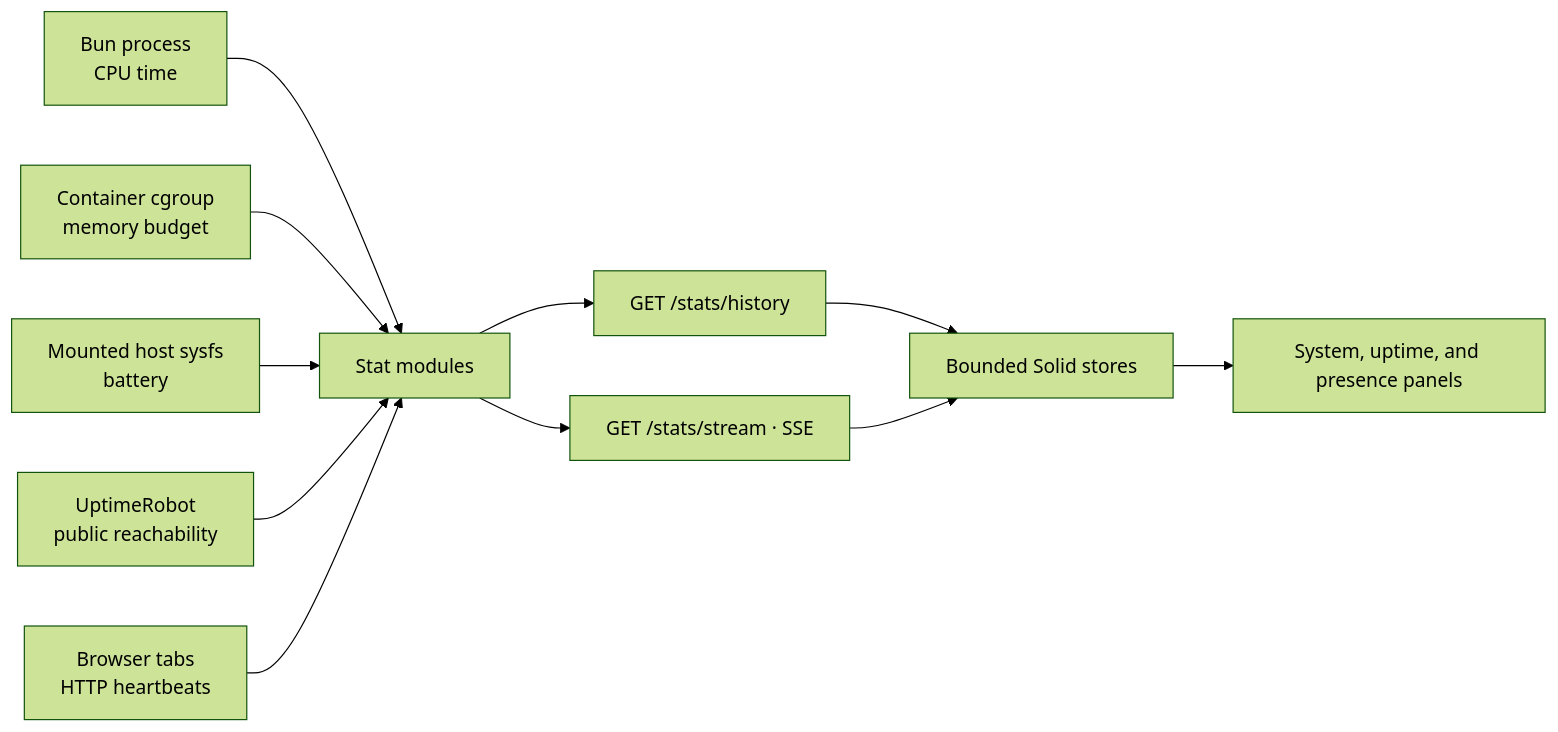
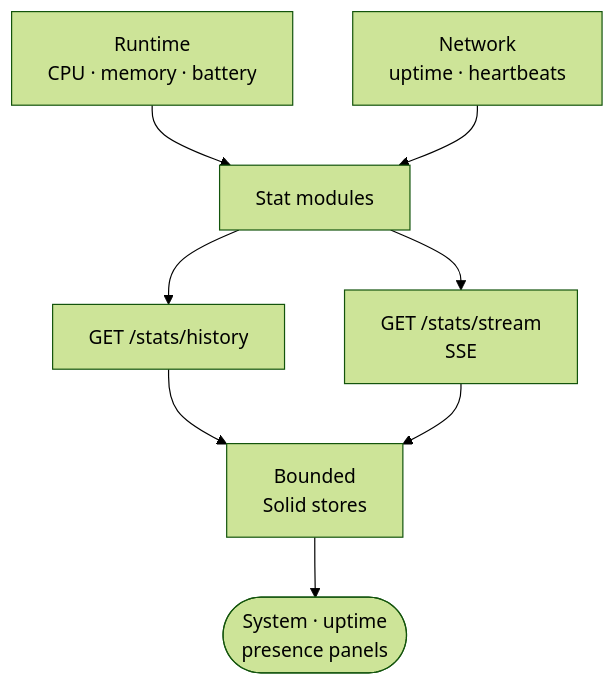
One commit to ErickCReis/ErickCReis changed the diagram in web/content/blog/health-telemetry-from-the-real-runtime.mdx. Above: the diagram before and after it, drawn with Mermaid (forest theme). The commit also changed 23 other files, not shown here.

Commit message:
Polish Mermaid diagrams across blog posts

````diff
--- a/web/content/blog/health-telemetry-from-the-real-runtime.mdx
+++ b/web/content/blog/health-telemetry-from-the-real-runtime.mdx
@@ -10,13 +10,10 @@
 ```mermaid center
-flowchart LR
-  Process["Bun process<br/>CPU time"] --> Stats["Stat modules"]
-  Cgroup["Container cgroup<br/>memory budget"] --> Stats
-  Host["Mounted host sysfs<br/>battery"] --> Stats
-  Outside["UptimeRobot<br/>public reachability"] --> Stats
-  Presence["Browser tabs<br/>HTTP heartbeats"] --> Stats
+flowchart TB
+  Runtime["Runtime<br/>CPU · memory · battery"] --> Stats["Stat modules"]
+  Network["Network<br/>uptime · heartbeats"] --> Stats
   Stats --> Bootstrap["GET /stats/history"]
-  Stats --> Stream["GET /stats/stream · SSE"]
-  Bootstrap --> Stores["Bounded Solid stores"]
+  Stats --> Stream["GET /stats/stream<br/>SSE"]
+  Bootstrap --> Stores["Bounded<br/>Solid stores"]
   Stream --> Stores
-  Stores --> Panels["System, uptime, and presence panels"]
+  Stores --> Panels(["System · uptime<br/>presence panels"])
 ```
````
